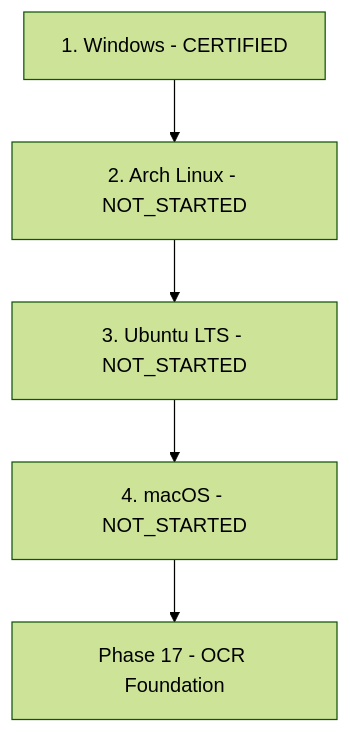
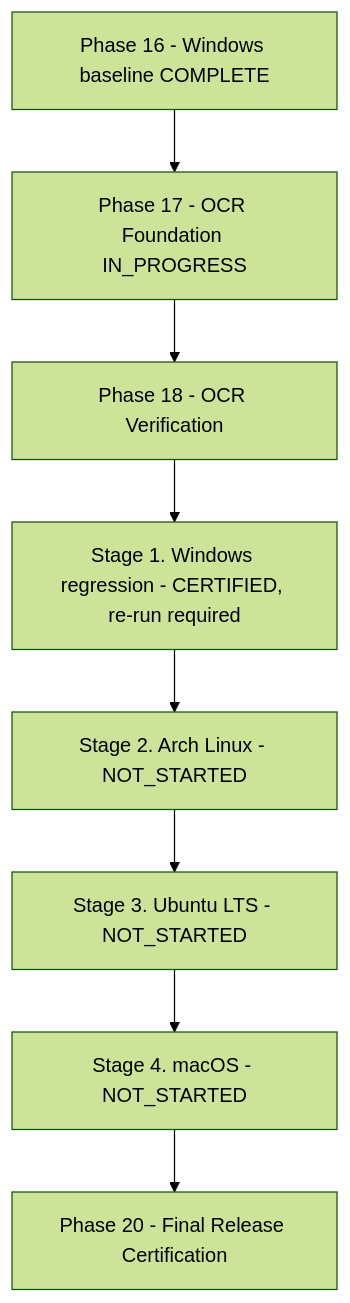
Before and after one commit to mhyahya854/read-and-watch-2: the diagram in App/docs/project/CROSS_PLATFORM_DESKTOP_CERTIFICATION.md, drawn with Mermaid (forest theme). The commit also changed other lines of this file and 11 other files, not shown here.

````diff
--- a/App/docs/project/CROSS_PLATFORM_DESKTOP_CERTIFICATION.md
+++ b/App/docs/project/CROSS_PLATFORM_DESKTOP_CERTIFICATION.md
@@ -22,7 +26,10 @@
 ```mermaid
 flowchart TD
-    W[1. Windows - CERTIFIED] --> A[2. Arch Linux - NOT_STARTED]
-    A --> U[3. Ubuntu LTS - NOT_STARTED]
-    U --> M[4. macOS - NOT_STARTED]
-    M --> OCR[Phase 17 - OCR Foundation]
+    P16[Phase 16 - Windows baseline COMPLETE] --> OCR[Phase 17 - OCR Foundation IN_PROGRESS]
+    OCR --> V[Phase 18 - OCR Verification]
+    V --> W[Stage 1. Windows regression - CERTIFIED, re-run required]
+    W --> A[Stage 2. Arch Linux - NOT_STARTED]
+    A --> U[Stage 3. Ubuntu LTS - NOT_STARTED]
+    U --> M[Stage 4. macOS - NOT_STARTED]
+    M --> R[Phase 20 - Final Release Certification]
 ```
````
